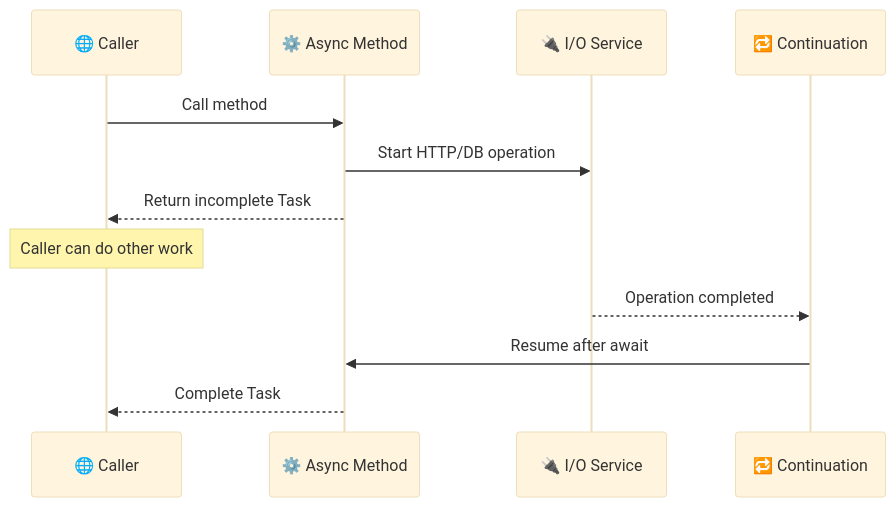
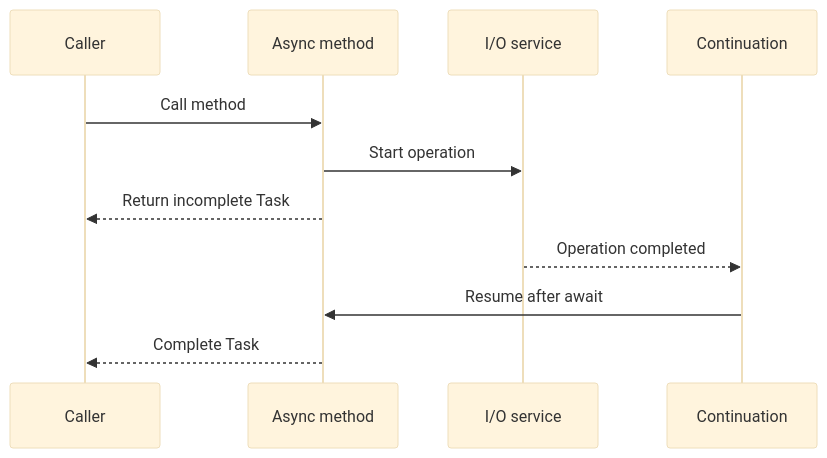
The second of 6 diagrams in 01A-CSharp-Internal-Working-Visual-QA.md (azam123/Engineering-Interview-Prep), drawn with Mermaid (base theme) before and after one commit. The commit also changed other lines of this file, not shown here.

````diff
--- a/01A-CSharp-Internal-Working-Visual-QA.md
+++ b/01A-CSharp-Internal-Working-Visual-QA.md
@@ -104,14 +66,13 @@
 ```mermaid
 sequenceDiagram
-    participant C as 🌐 Caller
-    participant M as ⚙️ Async Method
-    participant I as 🔌 I/O Service
-    participant K as 🔁 Continuation
+    participant C as Caller
+    participant M as Async method
+    participant I as I/O service
+    participant K as Continuation
     C->>M: Call method
-    M->>I: Start HTTP/DB operation
+    M->>I: Start operation
     M-->>C: Return incomplete Task
-    Note over C: Caller can do other work
     I-->>K: Operation completed
     K->>M: Resume after await
     M-->>C: Complete Task
 ```
````
